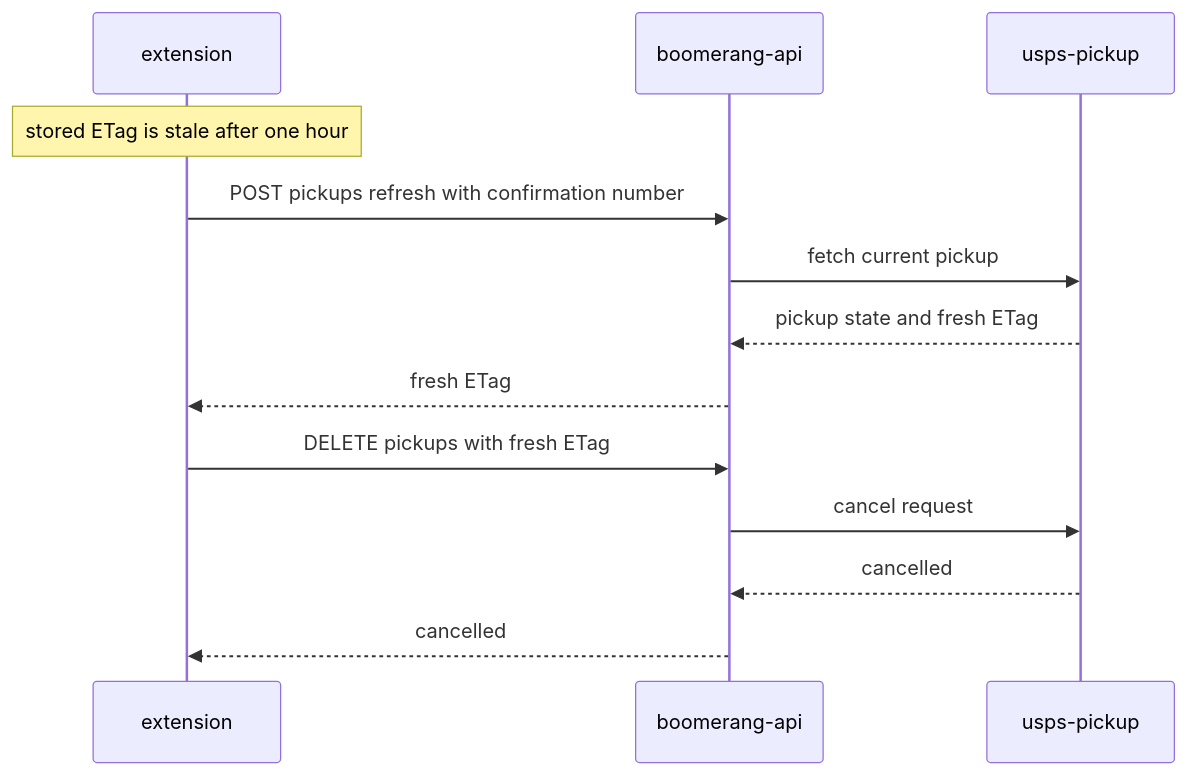
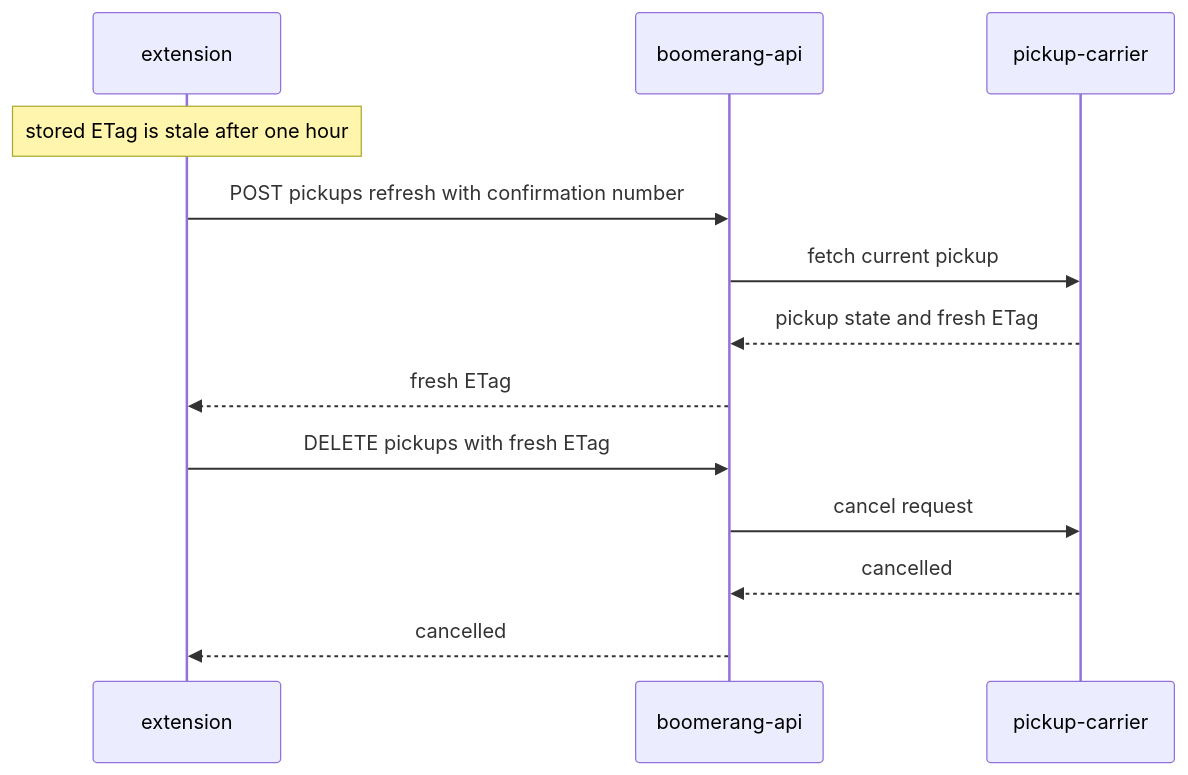
The sixth of 7 diagrams in design/boomerang-requirements.md (jacklvd/boomerang), drawn with Mermaid before and after one commit. The commit also changed other lines of this file and 63 other files, not shown here.

Commit message:
retailer-flow spike documentation + retargeted workflow

````diff
--- a/design/boomerang-requirements.md
+++ b/design/boomerang-requirements.md
@@ -1005,16 +1075,16 @@
 ```mermaid
 sequenceDiagram
     participant EXT as extension
     participant API as boomerang-api
-    participant USPS as usps-pickup
+    participant CARRIER as pickup-carrier
 
     Note over EXT: stored ETag is stale after one hour
     EXT->>API: POST pickups refresh with confirmation number
-    API->>USPS: fetch current pickup
-    USPS-->>API: pickup state and fresh ETag
+    API->>CARRIER: fetch current pickup
+    CARRIER-->>API: pickup state and fresh ETag
     API-->>EXT: fresh ETag
     EXT->>API: DELETE pickups with fresh ETag
-    API->>USPS: cancel request
-    USPS-->>API: cancelled
+    API->>CARRIER: cancel request
+    CARRIER-->>API: cancelled
     API-->>EXT: cancelled
 ```
````
